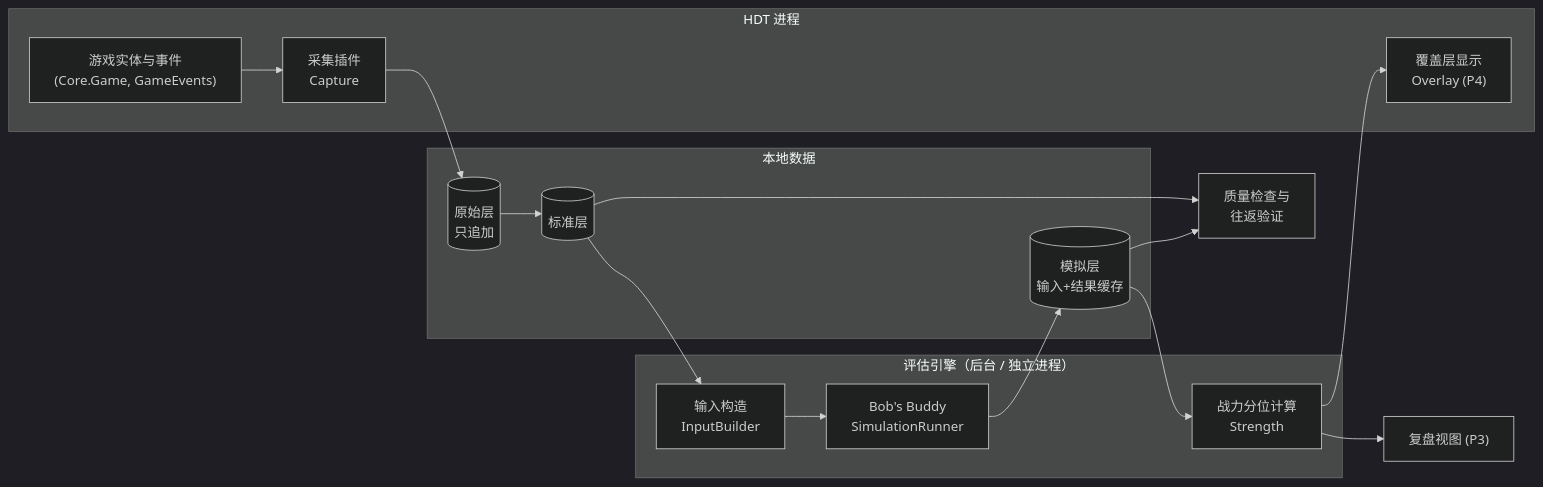
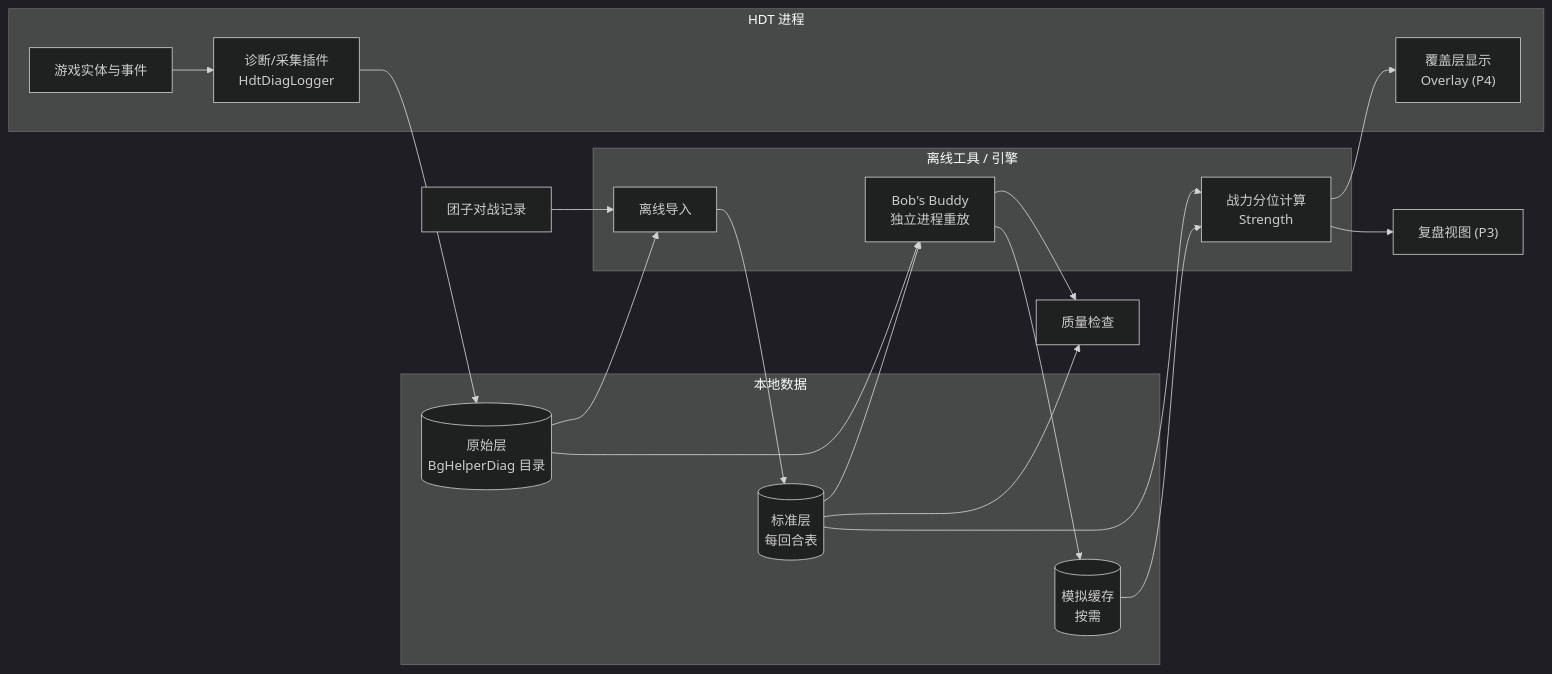
One commit to zhuaoyuan/hdt-bg-helper changed the diagram in docs/architecture/overview.md. Above: the diagram before and after it, drawn with Mermaid (dark theme). The commit also changed other lines of this file and 9 other files, not shown here.

````diff
--- a/docs/architecture/overview.md
+++ b/docs/architecture/overview.md
@@ -9,27 +9,35 @@
 ```mermaid
 flowchart LR
     subgraph HDT["HDT 进程"]
-        G["游戏实体与事件<br/>(Core.Game, GameEvents)"]
-        P["采集插件<br/>Capture"]
+        G["游戏实体与事件"]
+        P["诊断/采集插件<br/>HdtDiagLogger"]
         UI["覆盖层显示<br/>Overlay (P4)"]
     end
     subgraph Local["本地数据"]
-        R[("原始层<br/>只追加")]
-        N[("标准层")]
-        S[("模拟层<br/>输入+结果缓存")]
+        R[("原始层<br/>BgHelperDiag 目录")]
+        N[("标准层<br/>每回合表")]
+        S[("模拟缓存<br/>按需")]
     end
-    subgraph Engine["评估引擎（后台 / 独立进程）"]
-        B["输入构造<br/>InputBuilder"]
-        BB["Bob's Buddy<br/>SimulationRunner"]
+    subgraph Offline["离线工具 / 引擎"]
+        Imp["离线导入"]
+        BB["Bob's Buddy<br/>独立进程重放"]
         E["战力分位计算<br/>Strength"]
     end
-    Q["质量检查与<br/>往返验证"]
+    TU["团子对战记录"]
+    Q["质量检查"]
     RV["复盘视图 (P3)"]
 
-    G --> P --> R --> N
+    G --> P --> R
+    R --> Imp
+    TU --> Imp
+    Imp --> N
+    R --> BB
+    N --> BB
+    BB --> S
+    N --> E
+    S --> E
     N --> Q
-    N --> B --> BB --> S --> E
+    BB --> Q
     E --> UI
     E --> RV
-    S --> Q
 ```
````
